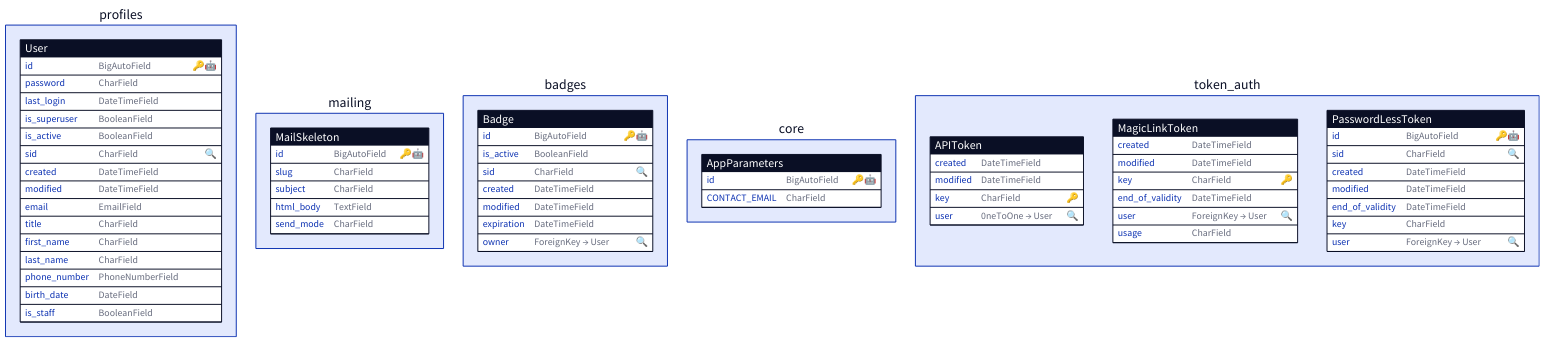
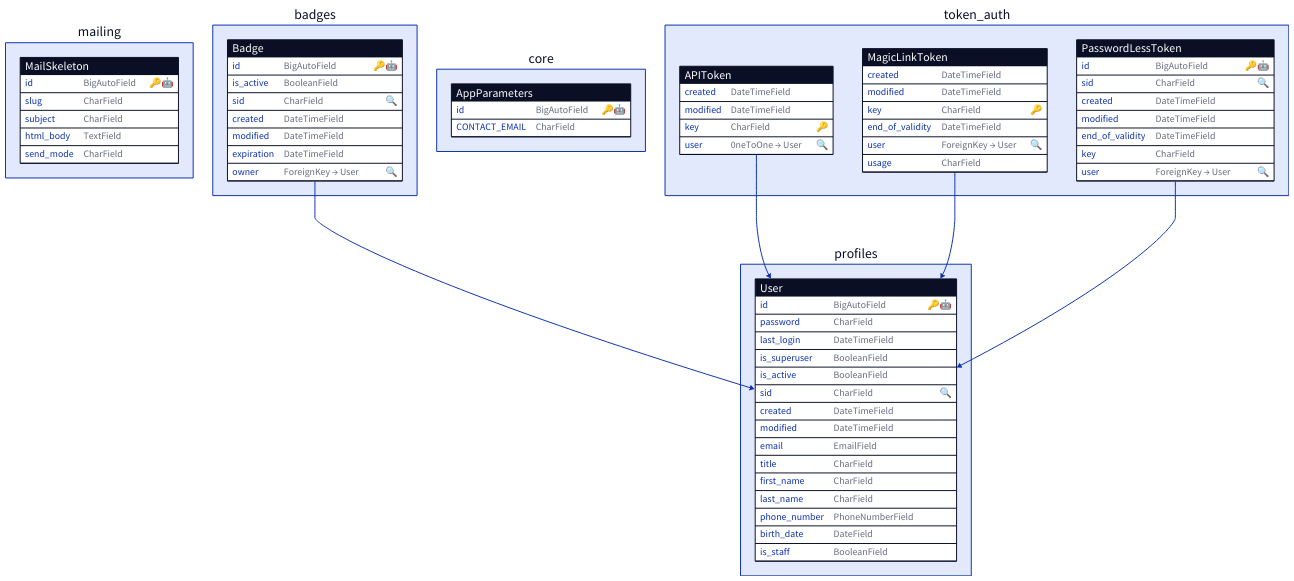
Before and after one commit to ddahan/mason-dj: the diagram in docs/diagram.d2, drawn with D2. The commit also changed 3 other files, not shown here.

```diff
--- a/docs/diagram.d2
+++ b/docs/diagram.d2
@@ -1,82 +1,86 @@
 profiles: {
   User: {
     shape: sql_table
     id: BigAutoField {constraint: 🔑🤖}
     password: CharField 
     last_login: DateTimeField 
     is_superuser: BooleanField 
     is_active: BooleanField 
     sid: CharField {constraint: 🔍}
     created: DateTimeField 
     modified: DateTimeField 
     email: EmailField 
     title: CharField 
     first_name: CharField 
     last_name: CharField 
     phone_number: PhoneNumberField 
     birth_date: DateField 
     is_staff: BooleanField 
   }
   shape: rectangle
 }
 mailing: {
   MailSkeleton: {
     shape: sql_table
     id: BigAutoField {constraint: 🔑🤖}
     slug: CharField 
     subject: CharField 
     html_body: TextField 
     send_mode: CharField 
   }
   shape: rectangle
 }
 badges: {
   Badge: {
     shape: sql_table
     id: BigAutoField {constraint: 🔑🤖}
     is_active: BooleanField 
     sid: CharField {constraint: 🔍}
     created: DateTimeField 
     modified: DateTimeField 
     expiration: DateTimeField 
     owner: ForeignKey → User {constraint: 🔍}
   }
   shape: rectangle
 }
 core: {
   AppParameters: {
     shape: sql_table
     id: BigAutoField {constraint: 🔑🤖}
     CONTACT_EMAIL: CharField 
   }
   shape: rectangle
 }
 token_auth: {
   APIToken: {
     shape: sql_table
     created: DateTimeField 
     modified: DateTimeField 
     key: CharField {constraint: 🔑}
     user: 0neToOne → User {constraint: 🔍}
   }
   MagicLinkToken: {
     shape: sql_table
     created: DateTimeField 
     modified: DateTimeField 
     key: CharField {constraint: 🔑}
     end_of_validity: DateTimeField 
     user: ForeignKey → User {constraint: 🔍}
     usage: CharField 
   }
   PasswordLessToken: {
     shape: sql_table
     id: BigAutoField {constraint: 🔑🤖}
     sid: CharField {constraint: 🔍}
     created: DateTimeField 
     modified: DateTimeField 
     end_of_validity: DateTimeField 
     key: CharField 
     user: ForeignKey → User {constraint: 🔍}
   }
   shape: rectangle
 }
+badges.Badge -> profiles.User
+token_auth.APIToken -> profiles.User
+token_auth.MagicLinkToken -> profiles.User
+token_auth.PasswordLessToken -> profiles.User
```
